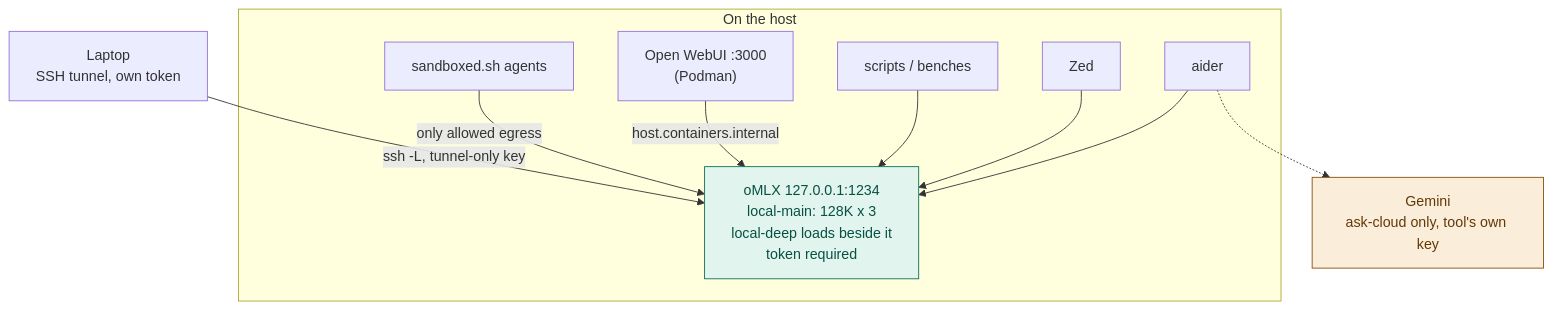
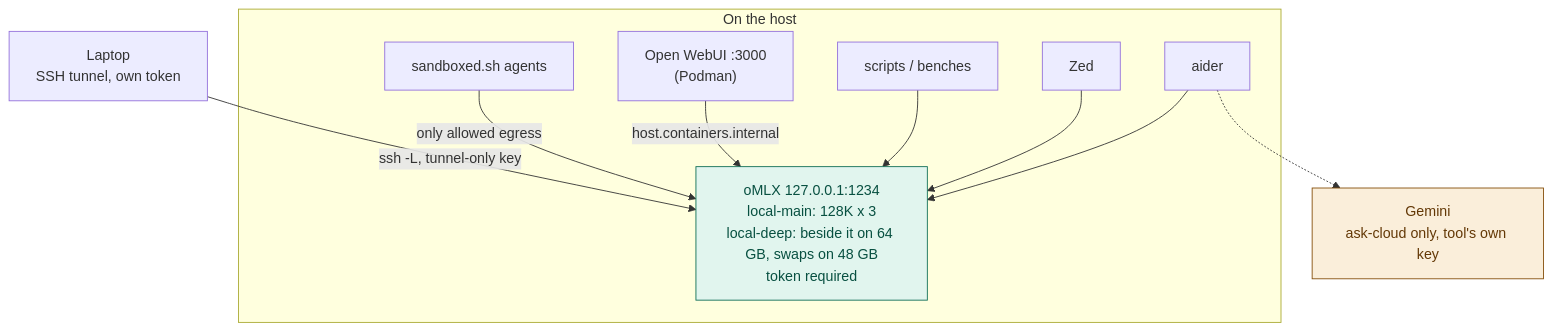
The diagram in docs/ARCHITECTURE.md (ouster/hearth), drawn with Mermaid before and after one commit. The commit also changed other lines of this file and 12 other files, not shown here.

````diff
--- a/docs/ARCHITECTURE.md
+++ b/docs/ARCHITECTURE.md
@@ -10,27 +10,27 @@
 ```mermaid
 flowchart TB
     subgraph onHost["On the host"]
         aider["aider"]
         zed["Zed"]
         scripts["scripts / benches"]
         webui["Open WebUI :3000<br/>(Podman)"]
         sbx["sandboxed.sh agents"]
-        srv["oMLX 127.0.0.1:1234<br/>local-main: 128K x 3<br/>local-deep loads beside it<br/>token required"]
+        srv["oMLX 127.0.0.1:1234<br/>local-main: 128K x 3<br/>local-deep: beside it on 64 GB, swaps on 48 GB<br/>token required"]
     end
 
     laptop["Laptop<br/>SSH tunnel, own token"]
     cloud["Gemini<br/>ask-cloud only, tool's own key"]
 
     aider --> srv
     zed --> srv
     scripts --> srv
     webui -->|"host.containers.internal"| srv
     sbx -->|"only allowed egress"| srv
     laptop -->|"ssh -L, tunnel-only key"| srv
     aider -.-> cloud
 
     classDef localCls fill:#E1F5EE,stroke:#0F6E56,color:#085041
     classDef leaveCls fill:#FAEEDA,stroke:#854F0B,color:#633806
     class srv localCls
     class cloud leaveCls
 ```
````
